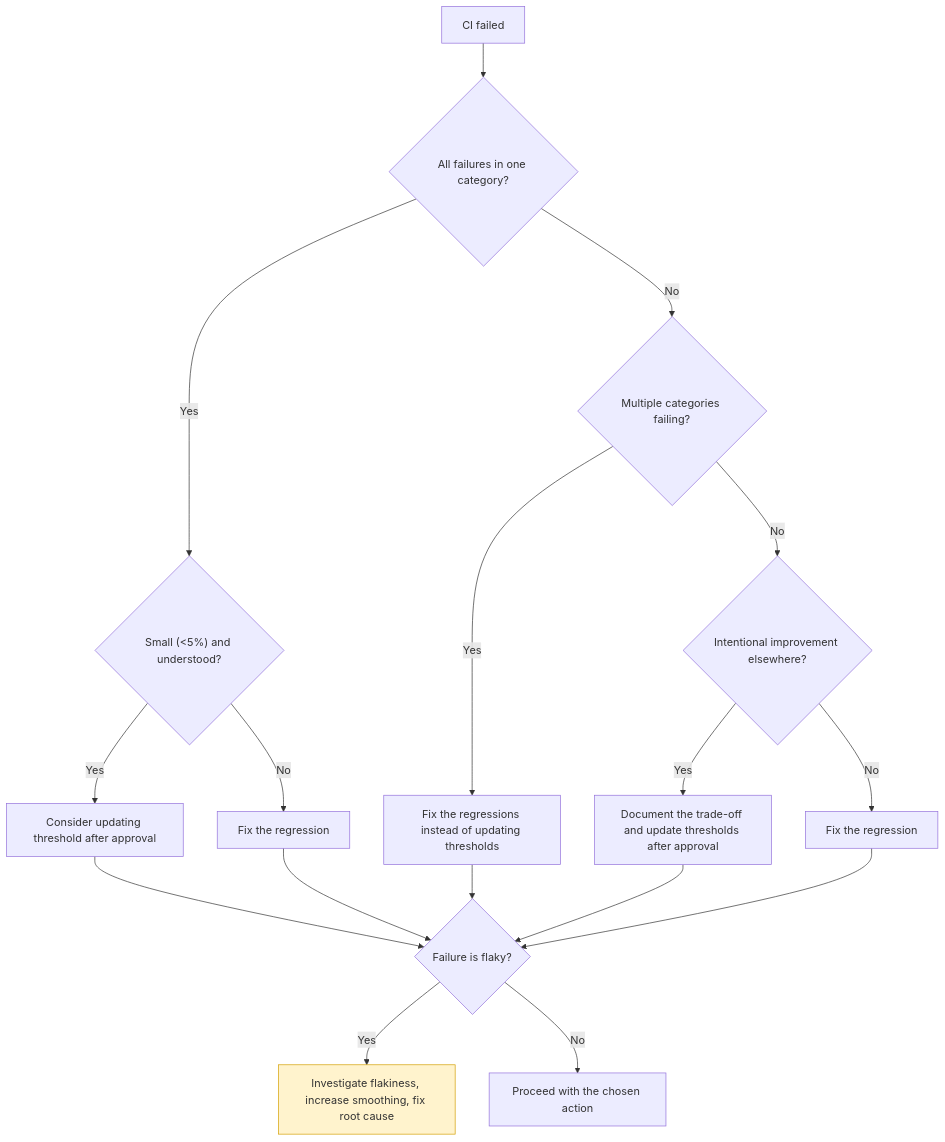
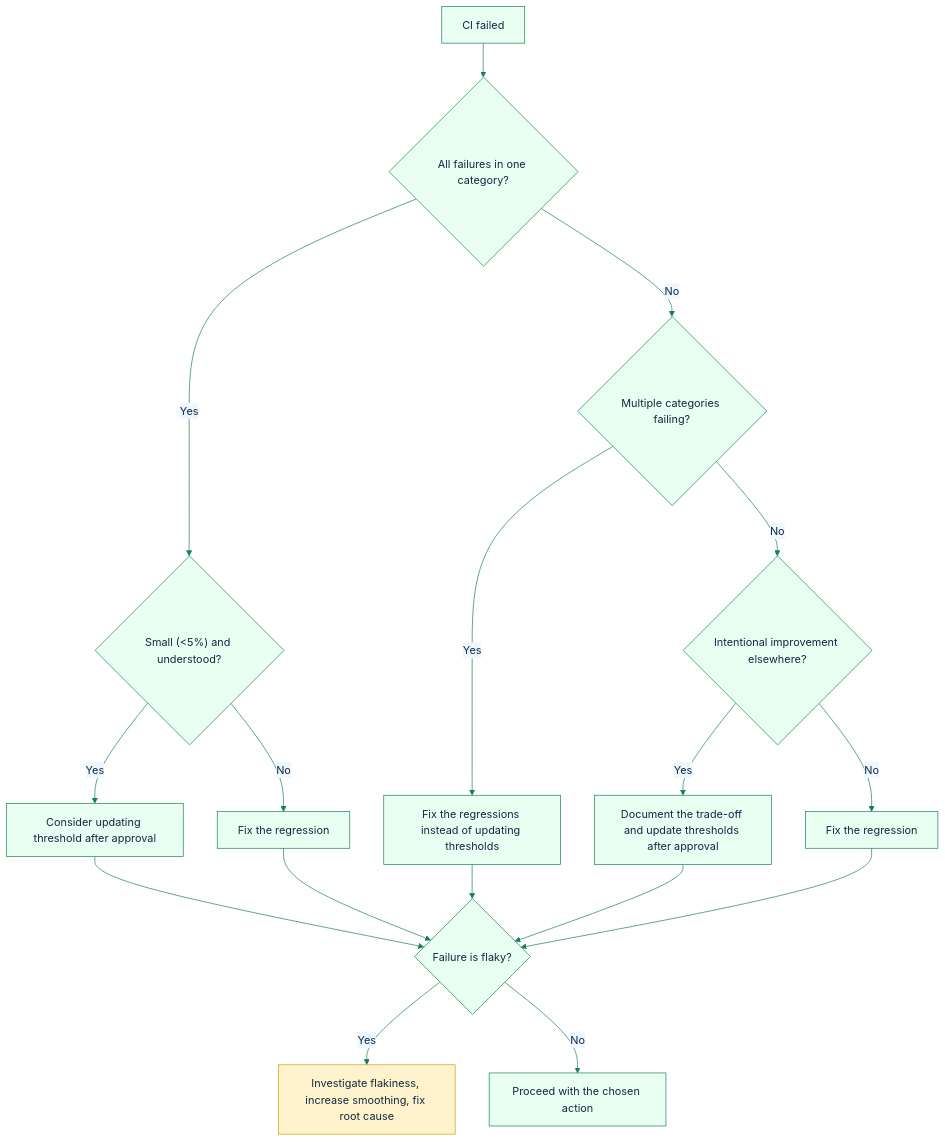
One commit to GlitterKill/sdl-mcp changed the diagram in docs/benchmark-failure-guide.md. Above: the diagram before and after it, drawn with Mermaid. The commit also changed 36 other files, not shown here.

````diff
--- a/docs/benchmark-failure-guide.md
+++ b/docs/benchmark-failure-guide.md
@@ -447,21 +447,22 @@
 ```mermaid
+%%{init: {"theme":"base","themeVariables":{"primaryColor":"#e8fff1","primaryBorderColor":"#157f5b","primaryTextColor":"#102a43","secondaryColor":"#eef6ff","secondaryBorderColor":"#2563eb","tertiaryColor":"#fff4d6","tertiaryBorderColor":"#b45309","lineColor":"#157f5b","fontFamily":"Trebuchet MS, Arial"},"flowchart":{"curve":"basis"}}}%%
 flowchart TD
     Failed["CI failed"] --> OneCategory{"All failures in one category?"}
     OneCategory -->|Yes| SmallKnown{"Small (<5%) and understood?"}
     SmallKnown -->|Yes| UpdateThreshold["Consider updating threshold after approval"]
     SmallKnown -->|No| FixRegression1["Fix the regression"]
     OneCategory -->|No| MultiFail{"Multiple categories failing?"}
     MultiFail -->|Yes| FixRegression2["Fix the regressions instead of updating thresholds"]
     MultiFail -->|No| Intentional{"Intentional improvement elsewhere?"}
     Intentional -->|Yes| Tradeoff["Document the trade-off and update thresholds after approval"]
     Intentional -->|No| FixRegression3["Fix the regression"]
     Tradeoff --> Flaky{"Failure is flaky?"}
     FixRegression1 --> Flaky
     FixRegression2 --> Flaky
     FixRegression3 --> Flaky
     UpdateThreshold --> Flaky
     Flaky -->|Yes| Investigate["Investigate flakiness, increase smoothing, fix root cause"]
     Flaky -->|No| Done["Proceed with the chosen action"]
 
     style Investigate fill:#fff3cd,stroke:#d39e00
 ```
````
